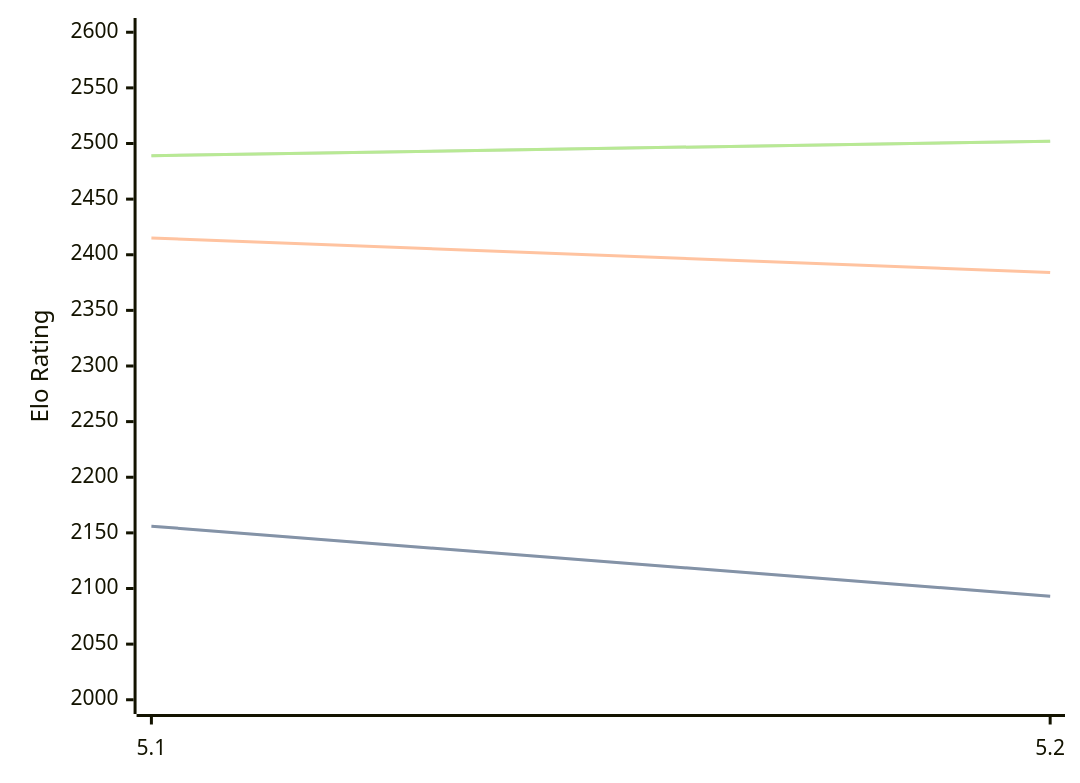
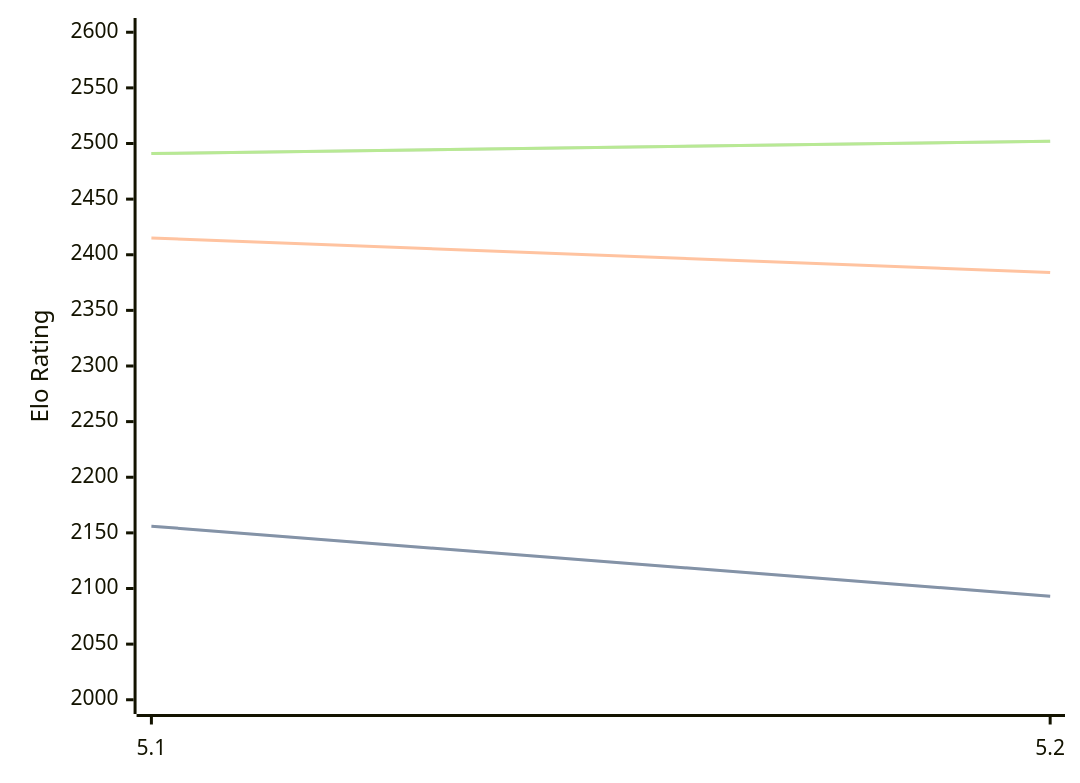
One commit to computer-chess-index/cci changed the first of 3 diagrams in engines/Prophet.md. Above: the diagram before and after it, drawn with Mermaid. The commit also changed other lines of this file, not shown here.

Commit message:
Update CCI Ratings (ELO VLTC) - 2026-06-16

````diff
--- a/engines/Prophet.md
+++ b/engines/Prophet.md
@@ -38,11 +38,11 @@
 ```mermaid
 %%{init: {"theme":"base","themeVariables":{"seriesColors:['#a3a3a3','#222221','#faa371']}}}%%
 xychart-beta
   x-axis ["5.1", "5.2"]
   y-axis "Elo Rating" 2000 --> 2600
   line "STC (8.0+0.08s)" [2156, 2093]
   line "STC (8.0+0.08s)" [2156, 2093]
   line "LTC (60.0+0.60s)" [2415, 2384]
-  line "VLTC (2m24s+1.12s)" [2489, 2502]
-  line "VLTC (2m24s+1.12s)" [2489, 2502]
+  line "VLTC (2m24s+1.12s)" [2491, 2502]
+  line "VLTC (2m24s+1.12s)" [2491, 2502]
 ```
````
